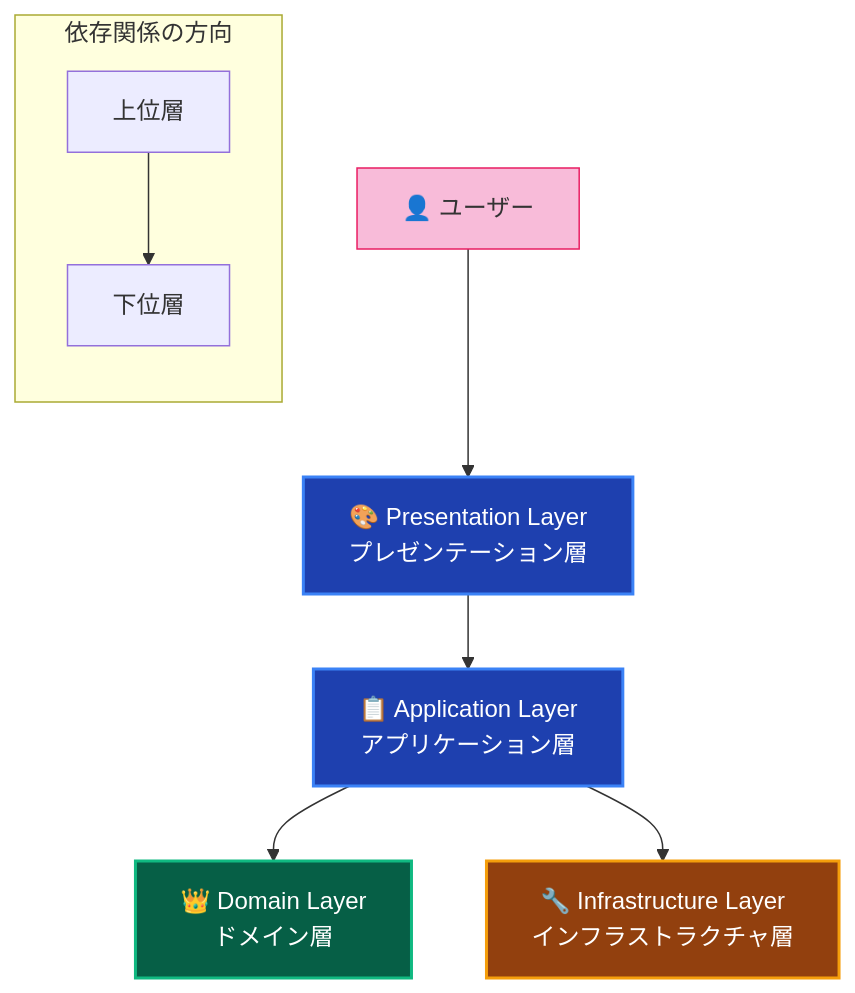
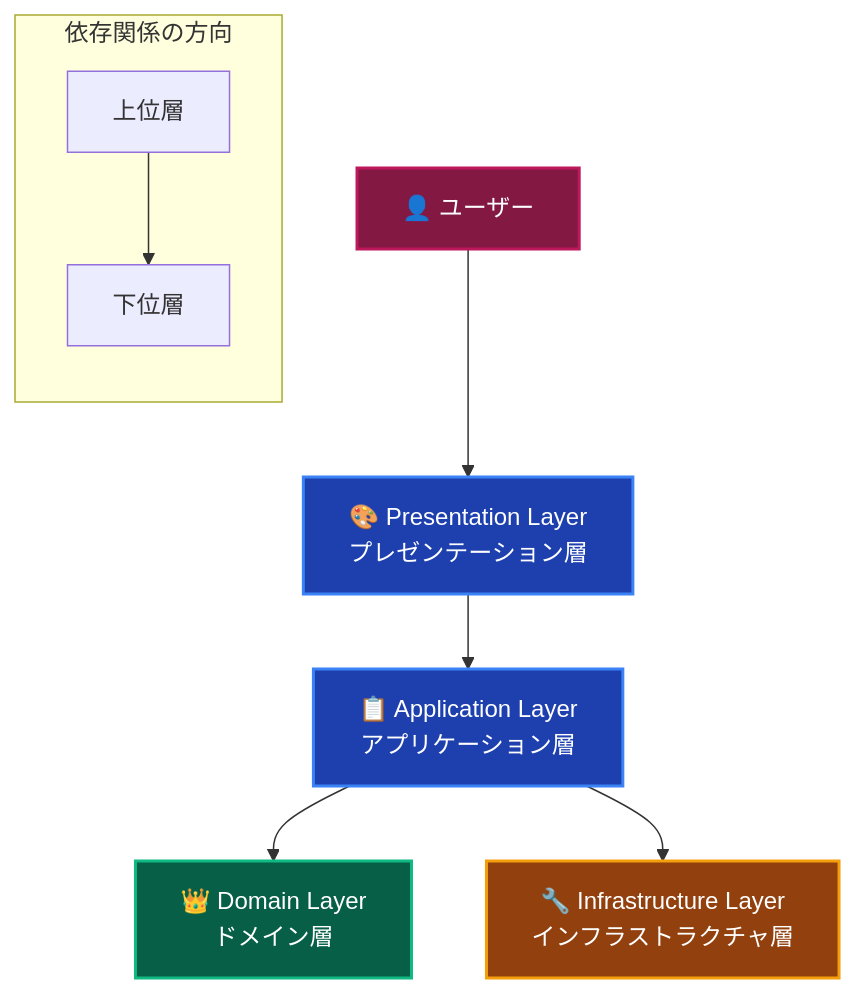
The first of 2 diagrams in _DOCS/guides/ddd/layers/layer.md (derushio/d-next-ddd-example), drawn with Mermaid before and after one commit.

Commit message:
🎨: layer.mdのユーザーアイコンのピンク色を濃い色に変更して視認性を向上

````diff
--- a/_DOCS/guides/ddd/layers/layer.md
+++ b/_DOCS/guides/ddd/layers/layer.md
@@ -13,20 +13,20 @@
 ```mermaid
 graph TD
     USER[👤 ユーザー] --> PRES[🎨 Presentation Layer<br/>プレゼンテーション層]
     PRES --> APP[📋 Application Layer<br/>アプリケーション層]
     APP --> DOMAIN[👑 Domain Layer<br/>ドメイン層]
     APP --> INFRA[🔧 Infrastructure Layer<br/>インフラストラクチャ層]
     
     subgraph "依存関係の方向"
         direction TB
         HIGH[上位層] --> LOW[下位層]
     end
     
     style PRES fill:#1e40af,stroke:#3b82f6,stroke-width:2px,color:#ffffff
     style APP fill:#1e40af,stroke:#3b82f6,stroke-width:2px,color:#ffffff
     style DOMAIN fill:#065f46,stroke:#10b981,stroke-width:2px,color:#ffffff
     style INFRA fill:#92400e,stroke:#f59e0b,stroke-width:2px,color:#ffffff
     
-    classDef userStyle fill:#f8bbd9,stroke:#e91e63
+    classDef userStyle fill:#831843,stroke:#be185d,stroke-width:2px,color:#ffffff
     class USER userStyle
 ```
````
